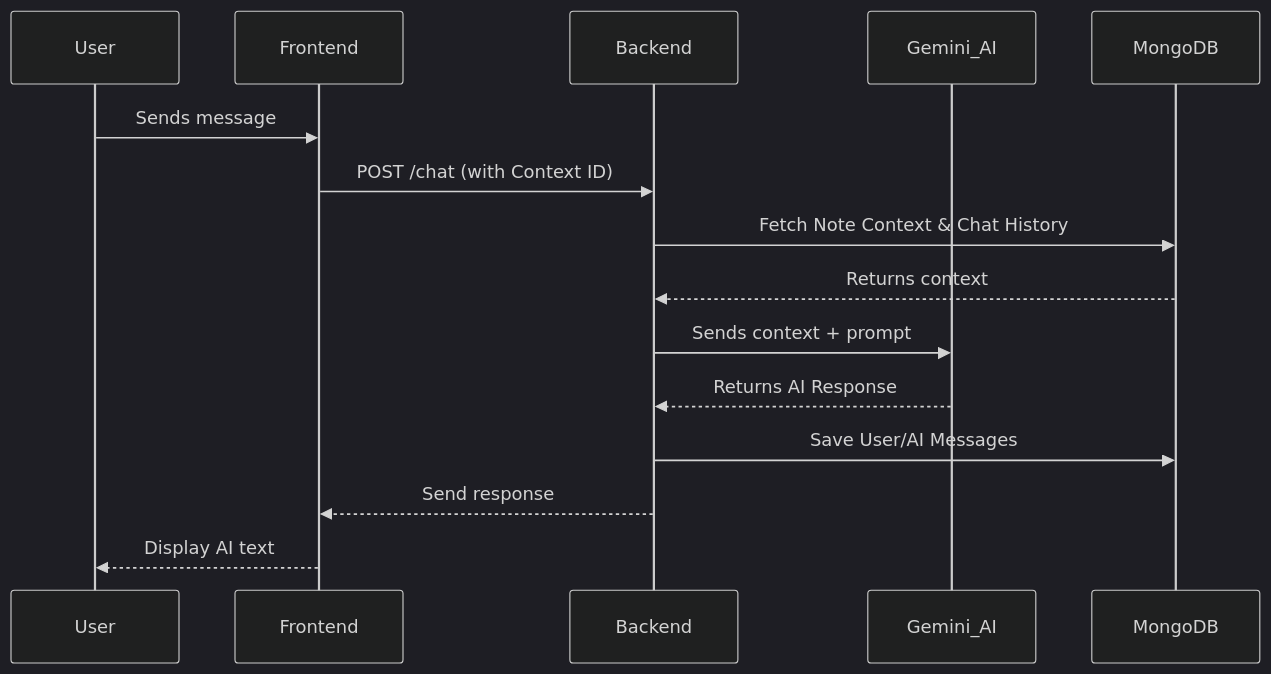
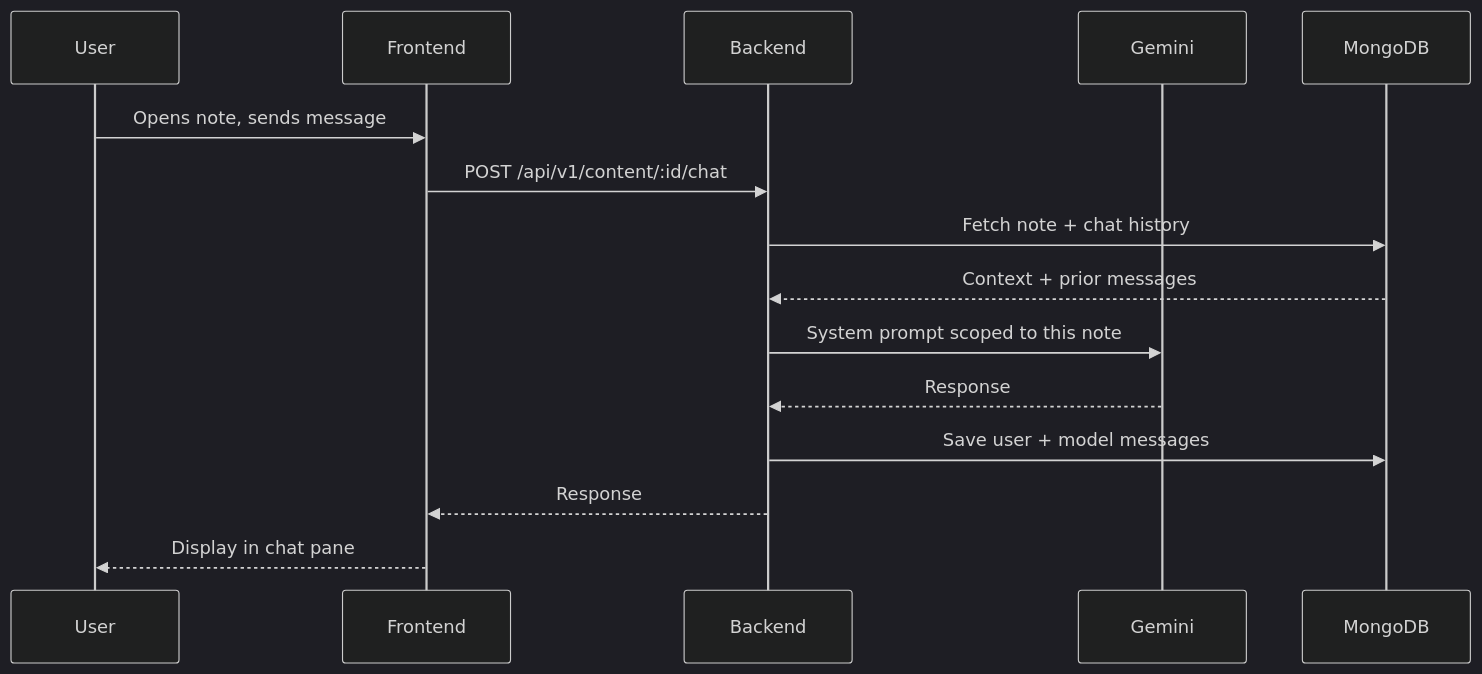
Before and after one commit to GEET3001/MemoryPal: the third of 4 diagrams in README.md, drawn with Mermaid (dark theme). The commit also changed other lines of this file and 11 other files, not shown here.

````diff
--- a/README.md
+++ b/README.md
@@ -29,18 +49,18 @@
 ```mermaid
 sequenceDiagram
     participant User
     participant Frontend
     participant Backend
-    participant Gemini_AI
+    participant Gemini
     participant MongoDB
 
-    User->>Frontend: Sends message
-    Frontend->>Backend: POST /chat (with Context ID)
-    Backend->>MongoDB: Fetch Note Context & Chat History
-    MongoDB-->>Backend: Returns context
-    Backend->>Gemini_AI: Sends context + prompt
-    Gemini_AI-->>Backend: Returns AI Response
-    Backend->>MongoDB: Save User/AI Messages
-    Backend-->>Frontend: Send response
-    Frontend-->>User: Display AI text
+    User->>Frontend: Opens note, sends message
+    Frontend->>Backend: POST /api/v1/content/:id/chat
+    Backend->>MongoDB: Fetch note + chat history
+    MongoDB-->>Backend: Context + prior messages
+    Backend->>Gemini: System prompt scoped to this note
+    Gemini-->>Backend: Response
+    Backend->>MongoDB: Save user + model messages
+    Backend-->>Frontend: Response
+    Frontend-->>User: Display in chat pane
 ```
````
